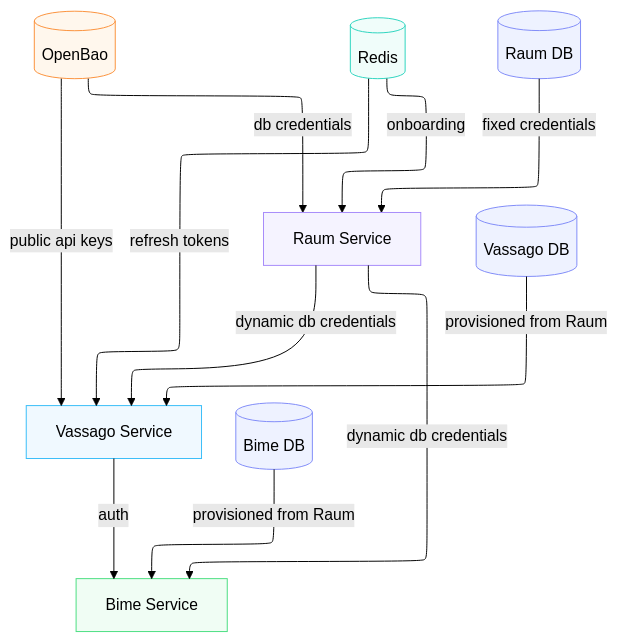
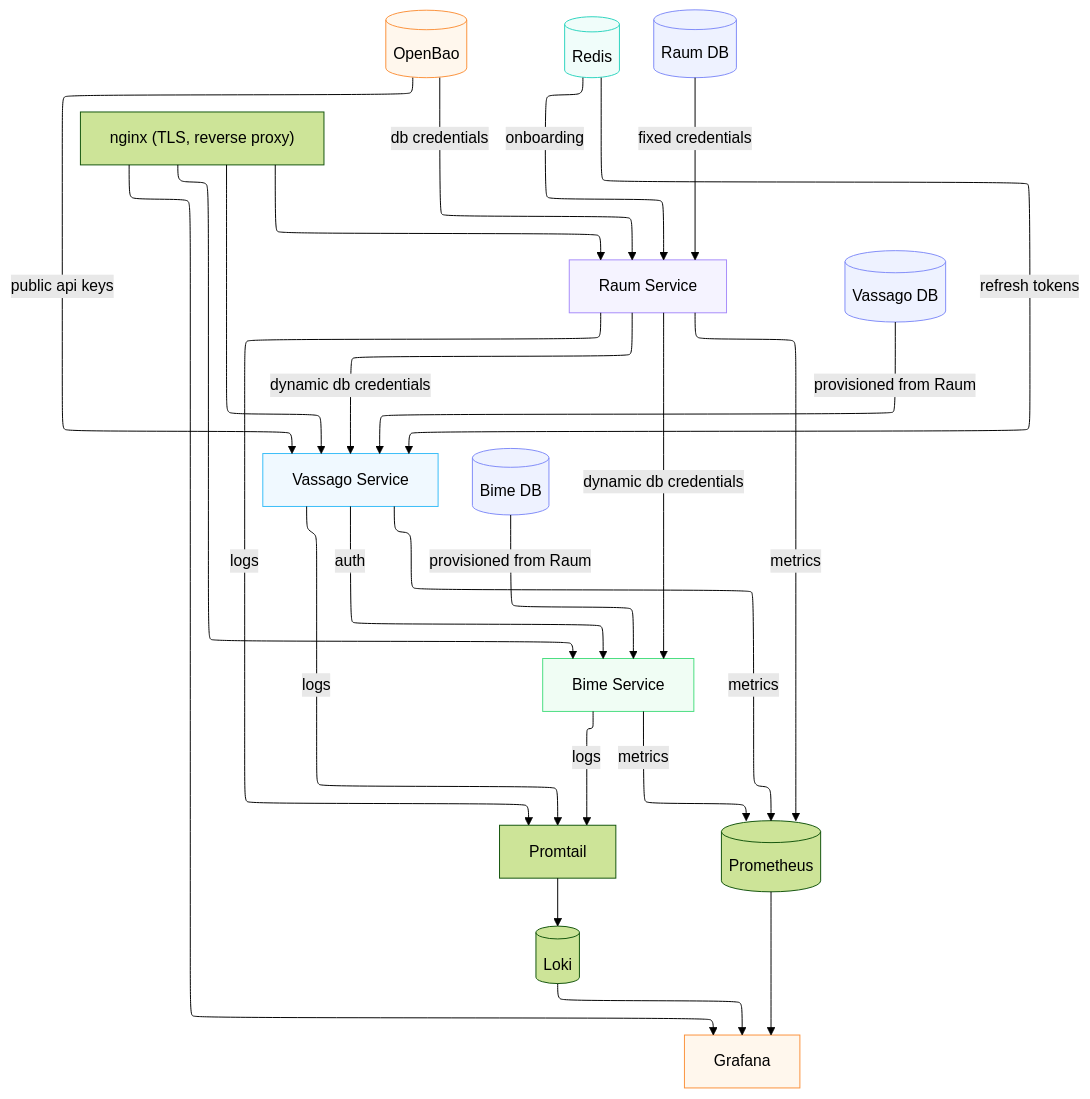
One commit to gnosticDeveloper/kenoma changed the diagram in README.md. Above: the diagram before and after it, drawn with Mermaid (forest theme). The commit also changed other lines of this file and 2 other files, not shown here.

````diff
--- a/README.md
+++ b/README.md
@@ -108,31 +111,35 @@
 ```mermaid
 ---
 config:
   layout: elk
 ---
 flowchart TB
-    OpenBao[("OpenBao")] -- public api keys --> Vassago["Vassago Service"]
-    Redis[("Redis")] -- onboarding --> Raum["Raum Service"]
+    Nginx["nginx (TLS, reverse proxy)"] --> Vassago["Vassago Service"] & Bime["Bime Service"] & Raum["Raum Service"] & Grafana["Grafana"]
+    OpenBao[("OpenBao")] -- public api keys --> Vassago
+    Redis[("Redis")] -- onboarding --> Raum
     Redis -- refresh tokens --> Vassago
     RaumDB[("Raum DB")] -- fixed credentials --> Raum
-    Raum -- dynamic db credentials --> Vassago & Bime["Bime Service"]
+    Raum -- dynamic db credentials --> Vassago & Bime
     VassagoDB[("Vassago DB")] -- provisioned from Raum --> Vassago
     BimeDB[("Bime DB")] -- provisioned from Raum --> Bime
     Vassago -- auth --> Bime
     OpenBao -- db credentials --> Raum
+    Raum & Vassago & Bime -- logs --> Promtail --> Loki[("Loki")] --> Grafana
+    Raum & Vassago & Bime -- metrics --> Prometheus[("Prometheus")] --> Grafana
 
      OpenBao:::orange
      Vassago:::sky
      Redis:::teal
      Raum:::violet
      RaumDB:::indigo
      Bime:::green
      VassagoDB:::indigo
      BimeDB:::indigo
+     Grafana:::orange
     classDef orange stroke:#fb923c,fill:#fff7ed
     classDef teal stroke:#2dd4bf,fill:#f0fdfa
     classDef indigo stroke:#818cf8,fill:#eef2ff
     classDef violet stroke:#a78bfa,fill:#f5f3ff
     classDef sky stroke:#38bdf8,fill:#f0f9ff
     classDef green stroke:#4ade80,fill:#f0fdf4
 ```
````
